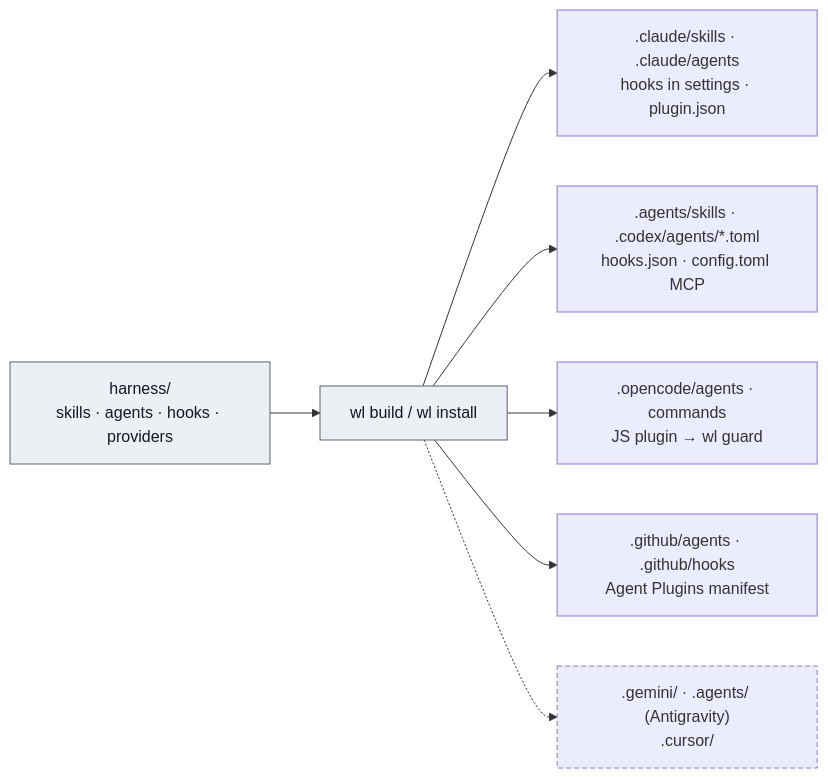
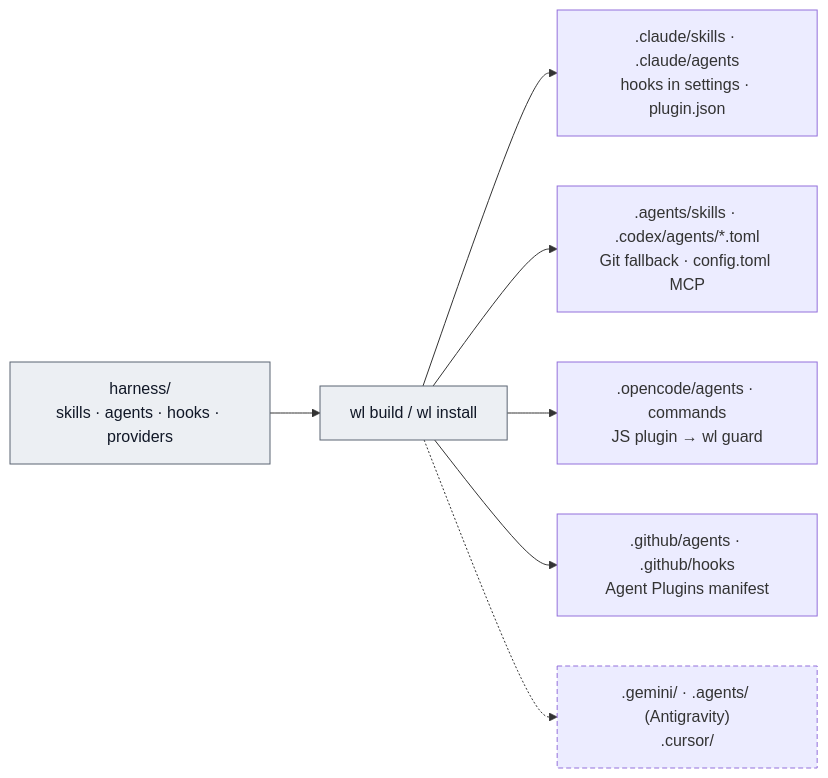
One commit to dreamingechoes/wholeloop changed the diagram in docs/platforms/README.md. Above: the diagram before and after it, drawn with Mermaid. The commit also changed other lines of this file and 34 other files, not shown here.

````diff
--- a/docs/platforms/README.md
+++ b/docs/platforms/README.md
@@ -45,11 +45,11 @@
 ```mermaid
 flowchart LR
   src["harness/<br/>skills · agents · hooks · providers"]:::core --> gen["wl build / wl install"]:::core
   gen --> c1[".claude/skills · .claude/agents<br/>hooks in settings · plugin.json"]
-  gen --> c2[".agents/skills · .codex/agents/*.toml<br/>hooks.json · config.toml MCP"]
+  gen --> c2[".agents/skills · .codex/agents/*.toml<br/>Git fallback · config.toml MCP"]
   gen --> c3[".opencode/agents · commands<br/>JS plugin → wl guard"]
   gen --> c4[".github/agents · .github/hooks<br/>Agent Plugins manifest"]
   gen -.-> c5[".gemini/ · .agents/ (Antigravity)<br/>.cursor/"]:::opt
   classDef core fill:#eceff3,stroke:#5b6573,color:#111827;
   classDef opt stroke-dasharray:5 3;
 ```
````
